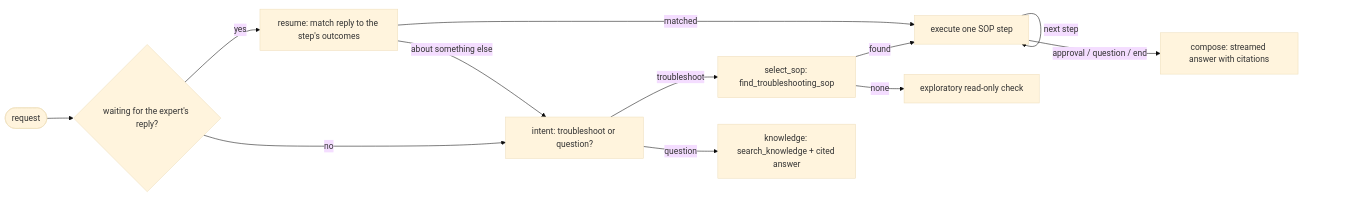
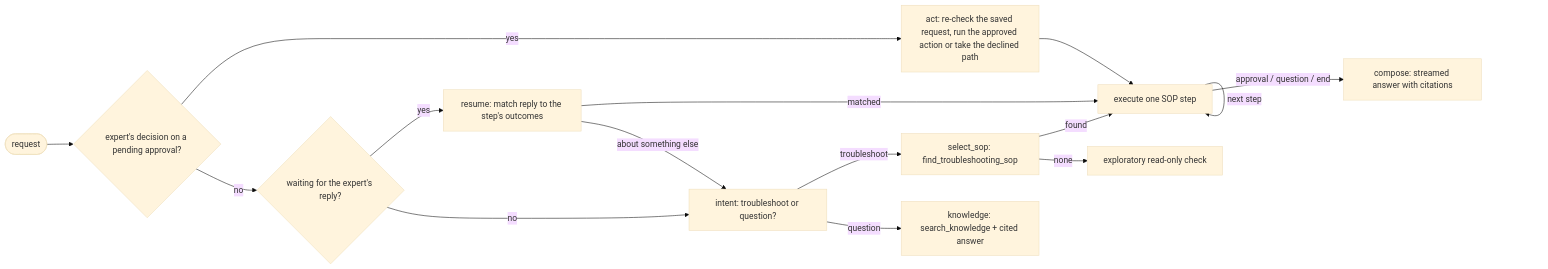
The diagram in services/agents/inhome/README.md (developer47-ai/dba-poc), drawn with Mermaid (base theme) before and after one commit. The commit also changed other lines of this file and 25 other files, not shown here.

````diff
--- a/services/agents/inhome/README.md
+++ b/services/agents/inhome/README.md
@@ -9,14 +9,17 @@
 ```mermaid
 flowchart LR
-    S([request]) --> W{waiting for the expert's reply?}
+    S([request]) --> D{expert's decision on a pending approval?}
+    D -- yes --> A[act: re-check the saved request, run the approved action or take the declined path]
+    A --> E
+    D -- no --> W{waiting for the expert's reply?}
     W -- yes --> R[resume: match reply to the step's outcomes]
     W -- no --> I[intent: troubleshoot or question?]
     R -- matched --> E
     R -- about something else --> I
     I -- troubleshoot --> F[select_sop: find_troubleshooting_sop]
     I -- question --> K[knowledge: search_knowledge + cited answer]
     F -- found --> E[execute one SOP step]
     F -- none --> X[exploratory read-only check]
     E -- next step --> E
     E -- approval / question / end --> C[compose: streamed answer with citations]
 ```
````
